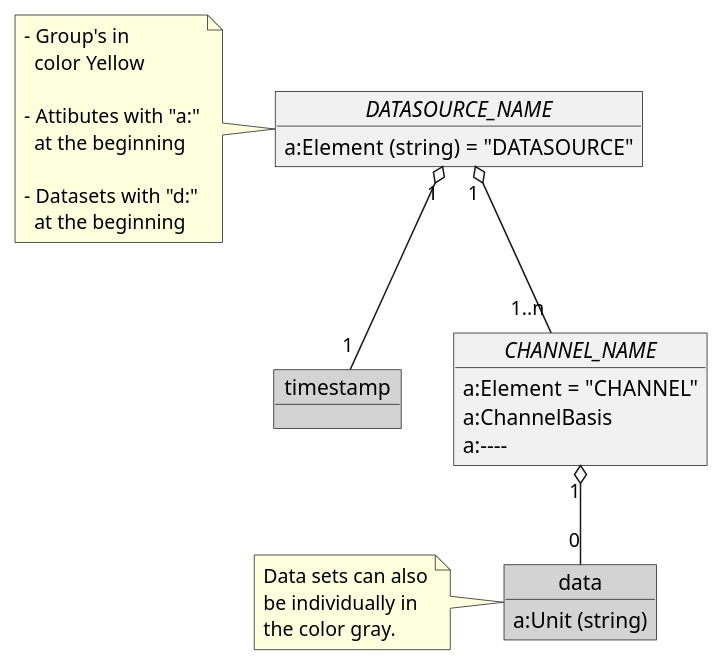
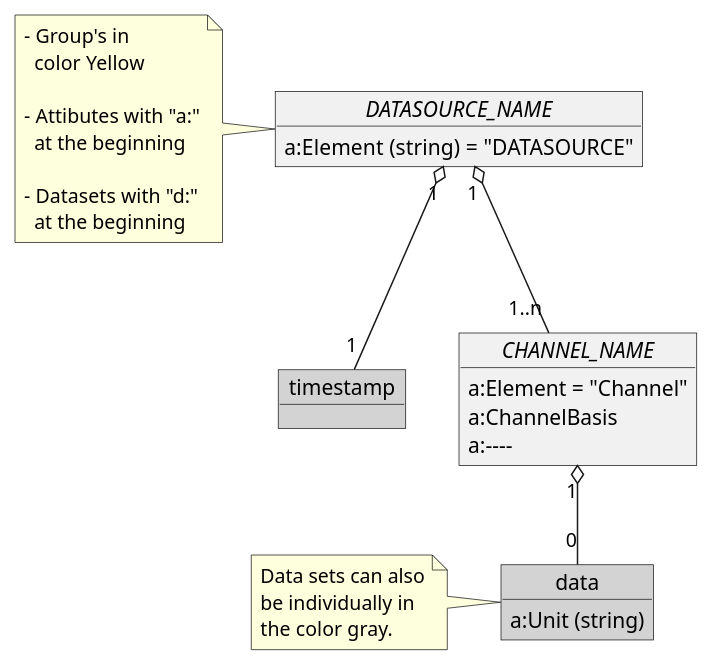
Before and after one commit to OpenRailAssociation/rcm-dx: the first of 13 diagrams in images/rcm-dx-images.puml, drawn with PlantUML. The commit also changed other lines of this file and 17 other files, not shown here.

```diff
--- a/images/rcm-dx-images.puml
+++ b/images/rcm-dx-images.puml
@@ -4,38 +4,38 @@
 @startuml rcmdx_diagram_example
 
   object "//DATASOURCE_NAME//" as DATASOURCE {
     a:Element (string) = "DATASOURCE"
   }
   note left
     - Group's in
       color Yellow
     
     - Attibutes with "a:"
       at the beginning
 
     - Datasets with "d:"
       at the beginning
   end note
 
   object timestamp #LightGray
 
   object "//CHANNEL_NAME//" as channel {
-    a:Element = "CHANNEL"
+    a:Element = "Channel"
     a:ChannelBasis
     a:----
   }
 
   object data #LightGray{
     a:Unit (string)
   }
   note left
     Data sets can also
     be individually in 
     the color gray.
   end note
 
   DATASOURCE "1" o-- "1" timestamp
   DATASOURCE "1" o-- "1..n" channel
   channel "1" o-- "0" data
 
 @enduml
```
